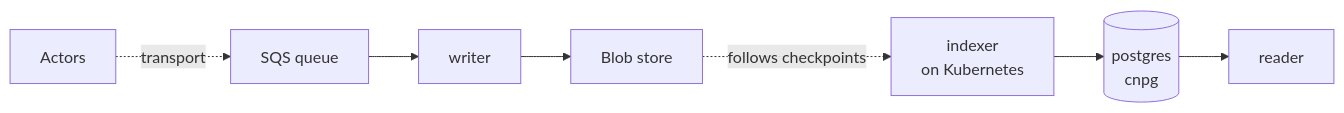
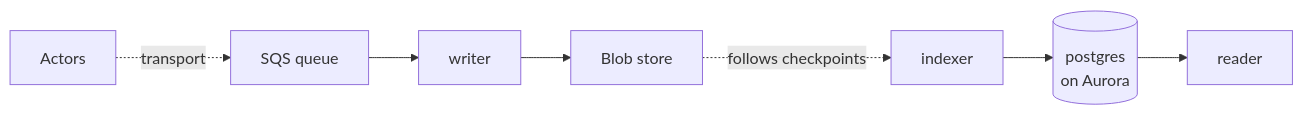
The second of 2 diagrams in docs/runtimes/serverless.md (truvity/sluis), drawn with Mermaid before and after one commit. The commit also changed other lines of this file and 4 other files, not shown here.

````diff
--- a/docs/runtimes/serverless.md
+++ b/docs/runtimes/serverless.md
@@ -37,7 +37,7 @@
 ```mermaid
 flowchart LR
   actors["Actors"] -. "transport" .-> q["SQS queue"]
   q --> writer["writer"] --> blob["Blob store"]
-  blob -. "follows checkpoints" .-> indexer["indexer<br/>on Kubernetes"] --> idx[("postgres<br/>cnpg")]
+  blob -. "follows checkpoints" .-> indexer["indexer"] --> idx[("postgres<br/>on Aurora")]
   idx --> reader["reader"]
 ```
````
